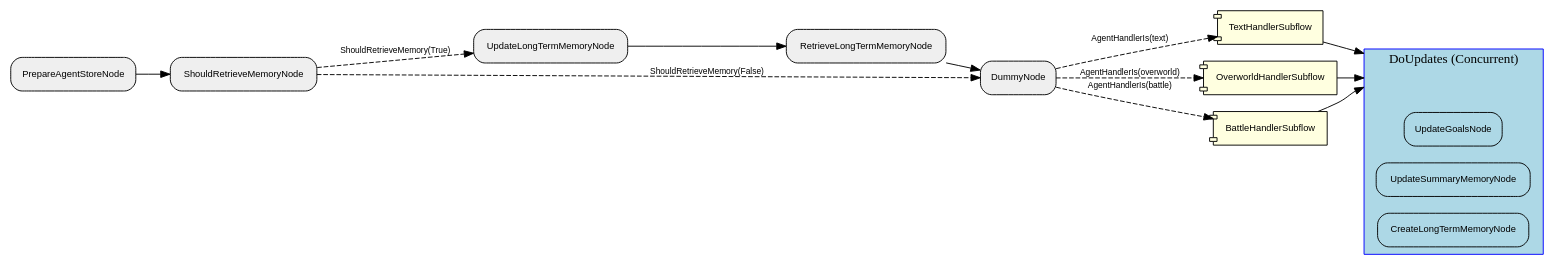
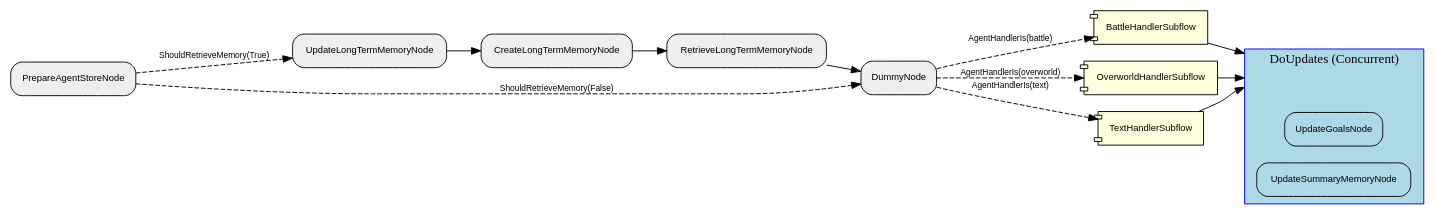
The diagram in visualization/agent_graph/Graph.dot (clambro/ai-plays-pokemon), drawn with Graphviz before and after one commit. The commit also changed 36 other files, not shown here.

```diff
--- a/visualization/agent_graph/Graph.dot
+++ b/visualization/agent_graph/Graph.dot
@@ -1,38 +1,36 @@
 digraph "G" {
   rankdir=LR;
   compound=true;
   node [shape=box, style="rounded,filled", fillcolor="#EFEFEF", fontname="Helvetica", fontsize=10];
   edge [fontname="Helvetica", fontsize=9];
-  subgraph "cluster_liDczOmv9oRaUJMghIqVU" {
+  subgraph "cluster_lyAvSq5nnhy4mZqHC6Ukl" {
     label="DoUpdates (Concurrent)";
     style="filled"; fillcolor="lightblue"; color="blue";
     node [fillcolor="lightblue", style="filled,rounded"];
-    "liDczOmv9oRaUJMghIqVU__entry" [label="", shape=point, width=0.01, style=invis];
-    "liDczOmv9oRaUJMghIqVU__exit"  [label="", shape=point, width=0.01, style=invis];
-    MaIS7phftIkWBXcpuAO9D [label="UpdateGoalsNode"];
-    l1eV9AAHBCYj6fVfXRvaJ [label="UpdateSummaryMemoryNode"];
-    "43MFHUDbKNlkCaPHxaJt3" [label="CreateLongTermMemoryNode"];
+    "lyAvSq5nnhy4mZqHC6Ukl__entry" [label="", shape=point, width=0.01, style=invis];
+    "lyAvSq5nnhy4mZqHC6Ukl__exit"  [label="", shape=point, width=0.01, style=invis];
+    WNE3qg3qUq7Lz9roYxjES [label="UpdateGoalsNode"];
+    "08cTM4vc2ZKBS3cdUNpLx" [label="UpdateSummaryMemoryNode"];
   }
-  d9whHMX3isPtF6OXfGIRp [label="RetrieveLongTermMemoryNode"];
-  l1eV9AAHBCYj6fVfXRvaJ [label="UpdateSummaryMemoryNode"];
-  Qfvth2rAAdlndzerTsEQQ [label="TextHandlerSubflow", shape=component, style="filled,rounded", fillcolor="lightyellow"];
-  MaIS7phftIkWBXcpuAO9D [label="UpdateGoalsNode"];
-  uMZEIFXNuxOGxLHZpcjYy [label="OverworldHandlerSubflow", shape=component, style="filled,rounded", fillcolor="lightyellow"];
-  "6OuzPnOfEPu3gzD7MwqIf" [label="UpdateLongTermMemoryNode"];
-  sE8SPoWmMPEBm4niJ2DaQ [label="ShouldRetrieveMemoryNode"];
-  DepXAO7WYjhZ6pofijbXy [label="BattleHandlerSubflow", shape=component, style="filled,rounded", fillcolor="lightyellow"];
-  "43MFHUDbKNlkCaPHxaJt3" [label="CreateLongTermMemoryNode"];
-  zO4xKSTwxvPM0FUpqW3jY [label="DummyNode"];
-  CMPCgLi3gmcs7yxptFZas [label="PrepareAgentStoreNode"];
-  CMPCgLi3gmcs7yxptFZas -> sE8SPoWmMPEBm4niJ2DaQ [style="solid"];
-  sE8SPoWmMPEBm4niJ2DaQ -> "6OuzPnOfEPu3gzD7MwqIf" [style="dashed", label="ShouldRetrieveMemory(True)"];
-  "6OuzPnOfEPu3gzD7MwqIf" -> d9whHMX3isPtF6OXfGIRp [style="solid"];
-  sE8SPoWmMPEBm4niJ2DaQ -> zO4xKSTwxvPM0FUpqW3jY [style="dashed", label="ShouldRetrieveMemory(False)"];
-  d9whHMX3isPtF6OXfGIRp -> zO4xKSTwxvPM0FUpqW3jY [style="solid"];
-  zO4xKSTwxvPM0FUpqW3jY -> uMZEIFXNuxOGxLHZpcjYy [style="dashed", label="AgentHandlerIs(overworld)"];
-  zO4xKSTwxvPM0FUpqW3jY -> DepXAO7WYjhZ6pofijbXy [style="dashed", label="AgentHandlerIs(battle)"];
-  zO4xKSTwxvPM0FUpqW3jY -> Qfvth2rAAdlndzerTsEQQ [style="dashed", label="AgentHandlerIs(text)"];
-  Qfvth2rAAdlndzerTsEQQ -> liDczOmv9oRaUJMghIqVU__entry [lhead="cluster_liDczOmv9oRaUJMghIqVU", style="solid"];
-  DepXAO7WYjhZ6pofijbXy -> liDczOmv9oRaUJMghIqVU__entry [lhead="cluster_liDczOmv9oRaUJMghIqVU", style="solid"];
-  uMZEIFXNuxOGxLHZpcjYy -> liDczOmv9oRaUJMghIqVU__entry [lhead="cluster_liDczOmv9oRaUJMghIqVU", style="solid"];
+  gNBHFs8bC8StqT7fQkamw [label="RetrieveLongTermMemoryNode"];
+  twyDfkAzLBxV7y9W9W1JX [label="PrepareAgentStoreNode"];
+  gDfzLuLt5MzPRvZGWrLkx [label="BattleHandlerSubflow", shape=component, style="filled,rounded", fillcolor="lightyellow"];
+  QhnrSC32d5nVRaDBtdmyC [label="OverworldHandlerSubflow", shape=component, style="filled,rounded", fillcolor="lightyellow"];
+  lh8eHsB39cpOhT5xwknoX [label="TextHandlerSubflow", shape=component, style="filled,rounded", fillcolor="lightyellow"];
+  WNE3qg3qUq7Lz9roYxjES [label="UpdateGoalsNode"];
+  E7C7zFA9D6mtpkTAh3KC4 [label="UpdateLongTermMemoryNode"];
+  LGHVU8RVcW00NOIvwnd3a [label="DummyNode"];
+  Ribr7Ye7i8FvDXvoRYJpP [label="CreateLongTermMemoryNode"];
+  "08cTM4vc2ZKBS3cdUNpLx" [label="UpdateSummaryMemoryNode"];
+  twyDfkAzLBxV7y9W9W1JX -> E7C7zFA9D6mtpkTAh3KC4 [style="dashed", label="ShouldRetrieveMemory(True)"];
+  E7C7zFA9D6mtpkTAh3KC4 -> Ribr7Ye7i8FvDXvoRYJpP [style="solid"];
+  Ribr7Ye7i8FvDXvoRYJpP -> gNBHFs8bC8StqT7fQkamw [style="solid"];
+  twyDfkAzLBxV7y9W9W1JX -> LGHVU8RVcW00NOIvwnd3a [style="dashed", label="ShouldRetrieveMemory(False)"];
+  gNBHFs8bC8StqT7fQkamw -> LGHVU8RVcW00NOIvwnd3a [style="solid"];
+  LGHVU8RVcW00NOIvwnd3a -> QhnrSC32d5nVRaDBtdmyC [style="dashed", label="AgentHandlerIs(overworld)"];
+  LGHVU8RVcW00NOIvwnd3a -> gDfzLuLt5MzPRvZGWrLkx [style="dashed", label="AgentHandlerIs(battle)"];
+  LGHVU8RVcW00NOIvwnd3a -> lh8eHsB39cpOhT5xwknoX [style="dashed", label="AgentHandlerIs(text)"];
+  lh8eHsB39cpOhT5xwknoX -> lyAvSq5nnhy4mZqHC6Ukl__entry [lhead="cluster_lyAvSq5nnhy4mZqHC6Ukl", style="solid"];
+  gDfzLuLt5MzPRvZGWrLkx -> lyAvSq5nnhy4mZqHC6Ukl__entry [lhead="cluster_lyAvSq5nnhy4mZqHC6Ukl", style="solid"];
+  QhnrSC32d5nVRaDBtdmyC -> lyAvSq5nnhy4mZqHC6Ukl__entry [lhead="cluster_lyAvSq5nnhy4mZqHC6Ukl", style="solid"];
 }
```
